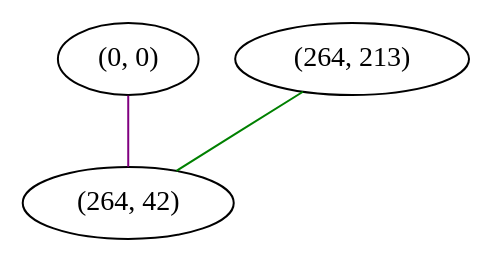
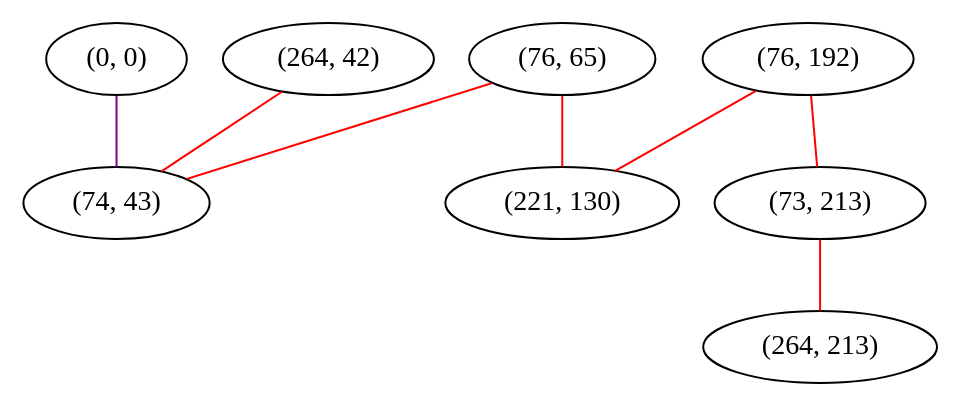
The diagram in graphviz/dejavu-sans/M-up.gv (FelixMcFelix/sip-for-cv-paper), drawn with Graphviz before and after one commit. The commit also changed 121 other files, not shown here.

First line of the commit message:
[MakeGraph] Better Graph Generation

```diff
--- a/graphviz/dejavu-sans/M-up.gv
+++ b/graphviz/dejavu-sans/M-up.gv
@@ -1,7 +1,17 @@
 graph "" {
 "(0, 0)";
+"(76, 65)";
+"(76, 192)";
+"(73, 213)";
 "(264, 213)";
 "(264, 42)";
-"(0, 0)" -- "(264, 42)"  [color=purple, key=0, weight=4];
-"(264, 213)" -- "(264, 42)"  [color=green, key=0, weight=2];
+"(221, 130)";
+"(74, 43)";
+"(0, 0)" -- "(74, 43)"  [color=purple, key=0, weight=4];
+"(76, 65)" -- "(221, 130)"  [color=red, key=0, weight=1];
+"(76, 65)" -- "(74, 43)"  [color=red, key=0, weight=1];
+"(76, 192)" -- "(73, 213)"  [color=red, key=0, weight=1];
+"(76, 192)" -- "(221, 130)"  [color=red, key=0, weight=1];
+"(73, 213)" -- "(264, 213)"  [color=red, key=0, weight=1];
+"(264, 42)" -- "(74, 43)"  [color=red, key=0, weight=1];
 }
```
